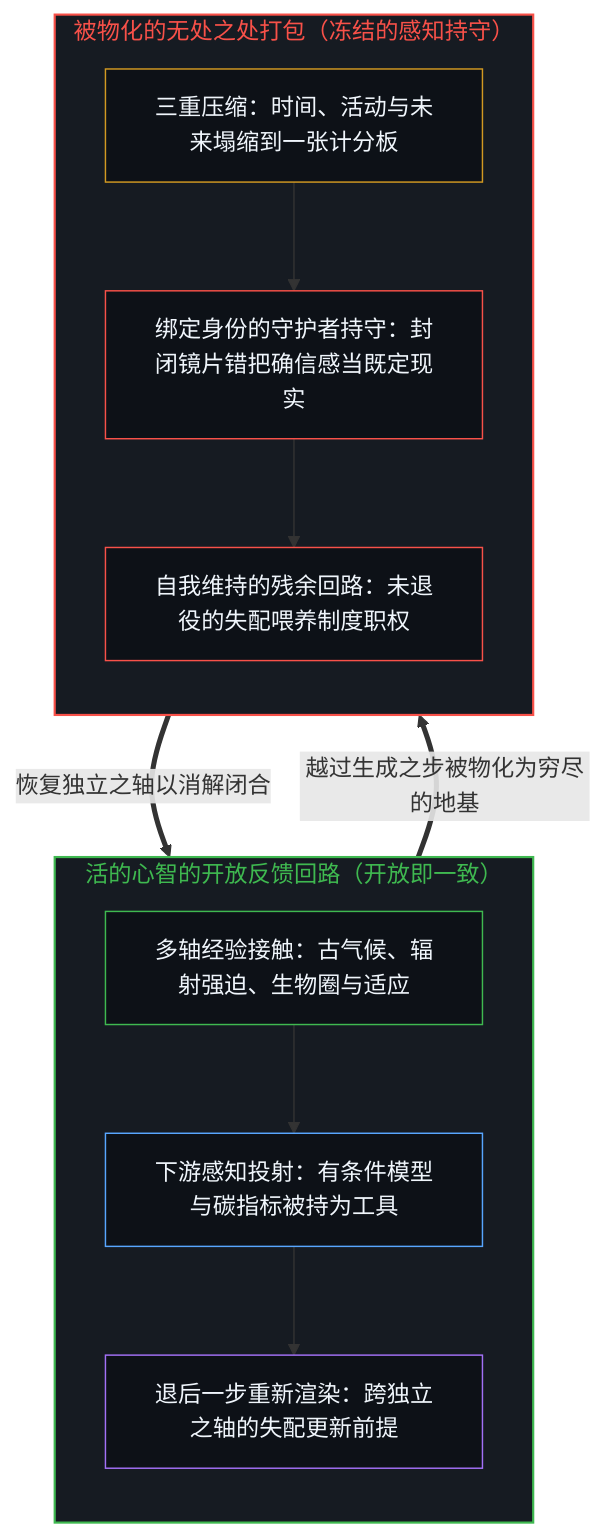
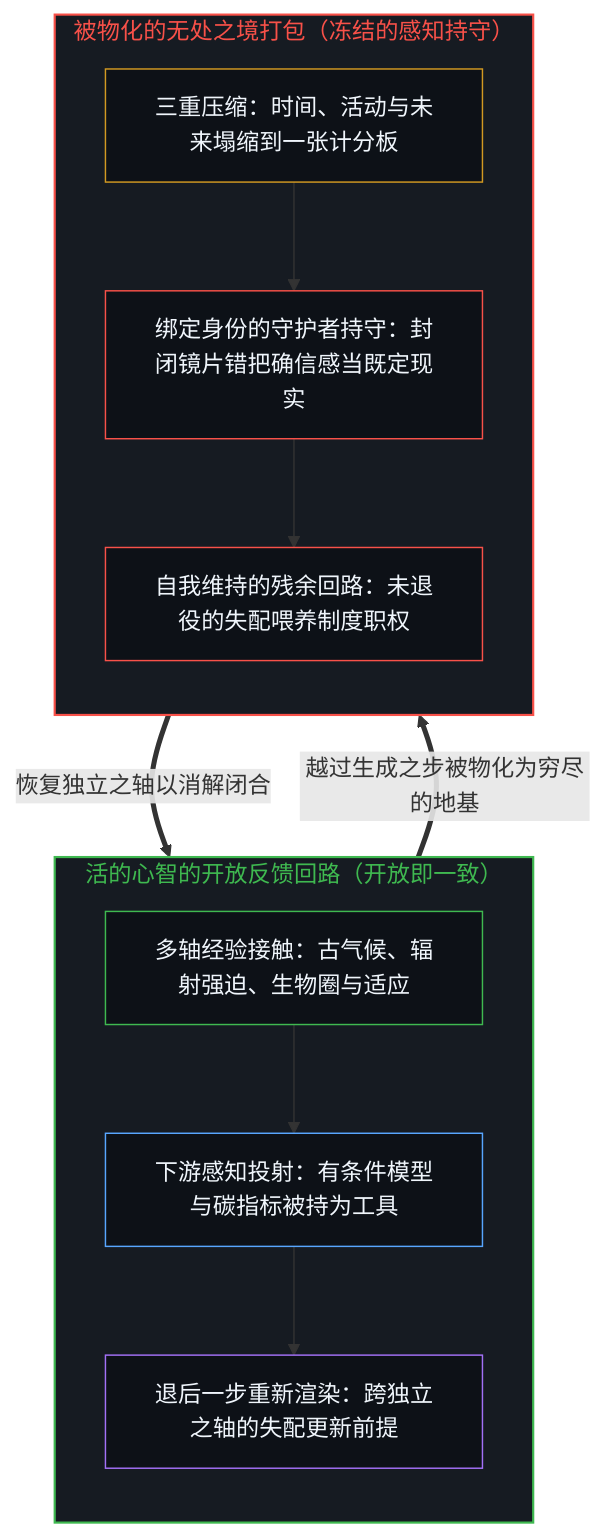
The first of 2 diagrams in content/posts/the-climate-problem-registers-only-as-perception.md (powerpig99/not-a-toe), drawn with Mermaid before and after one commit. The commit also changed other lines of this file and 13 other files, not shown here.

````diff
--- a/content/posts/the-climate-problem-registers-only-as-perception.md
+++ b/content/posts/the-climate-problem-registers-only-as-perception.md
@@ -115,30 +115,27 @@
 ```mermaid
 flowchart TD
     subgraph S_Open["活的心智的开放反馈回路（开放即一致）"]
         direction TB
         O_Field["多轴经验接触：古气候、辐射强迫、生物圈与适应"]
         O_Proj["下游感知投射：有条件模型与碳指标被持为工具"]
         O_ReRender["退后一步重新渲染：跨独立之轴的失配更新前提"]
         O_Field --> O_Proj --> O_ReRender
     end
-
-    subgraph S_Closed["被物化的无处之处打包（冻结的感知持守）"]
+    subgraph S_Closed["被物化的无处之境打包（冻结的感知持守）"]
         direction TB
         C_Comp["三重压缩：时间、活动与未来塌缩到一张计分板"]
         C_Ego["绑定身份的守护者持守：封闭镜片错把确信感当既定现实"]
         C_Loop["自我维持的残余回路：未退役的失配喂养制度职权"]
         C_Comp --> C_Ego --> C_Loop
     end
-
     O_Proj ==>|"越过生成之步被物化为穷尽的地基"| C_Comp
     C_Loop ==>|"恢复独立之轴以消解闭合"| O_ReRender
-
     style S_Open fill:#161b22,stroke:#3fb950,stroke-width:1.5px,color:#3fb950
     style S_Closed fill:#161b22,stroke:#f85149,stroke-width:1.5px,color:#f85149
     style O_Field fill:#0d1117,stroke:#3fb950,stroke-width:1px,color:#f0f6fc
     style O_Proj fill:#0d1117,stroke:#58a6ff,stroke-width:1px,color:#f0f6fc
     style O_ReRender fill:#0d1117,stroke:#a371f7,stroke-width:1px,color:#f0f6fc
     style C_Comp fill:#0d1117,stroke:#d29922,stroke-width:1px,color:#f0f6fc
     style C_Ego fill:#0d1117,stroke:#f85149,stroke-width:1px,color:#f0f6fc
     style C_Loop fill:#0d1117,stroke:#f85149,stroke-width:1px,color:#f0f6fc
 ```
````
